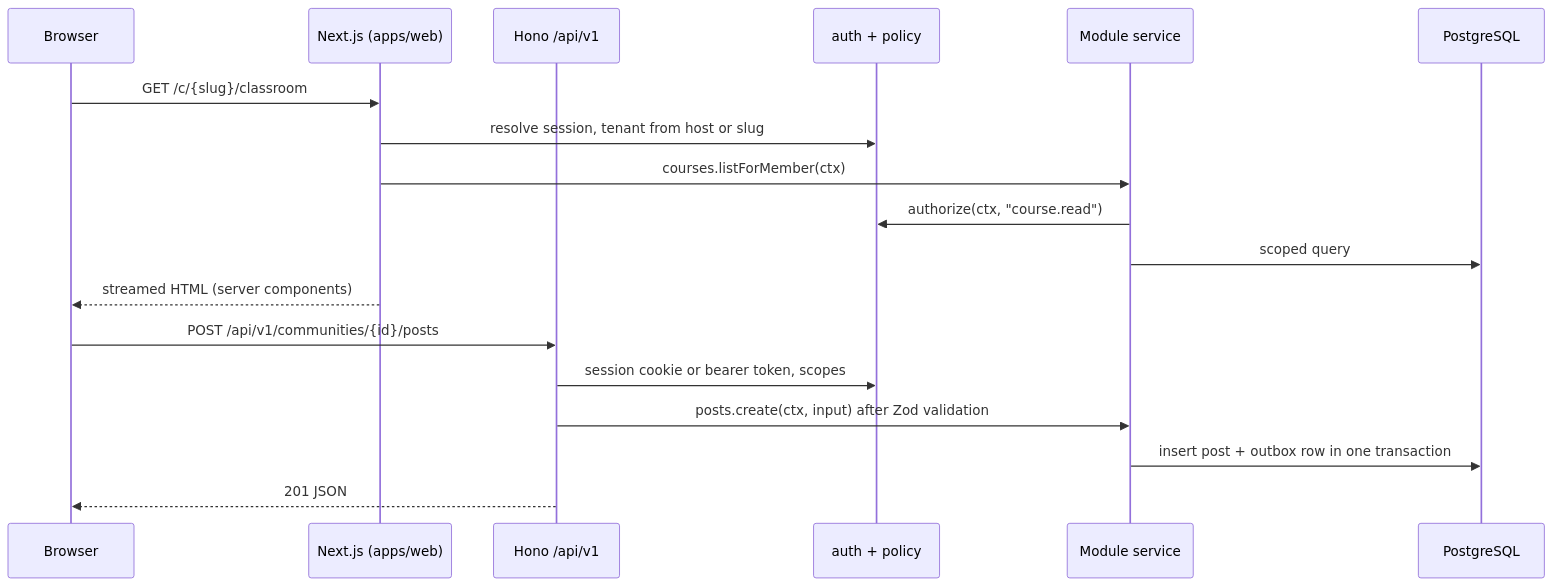
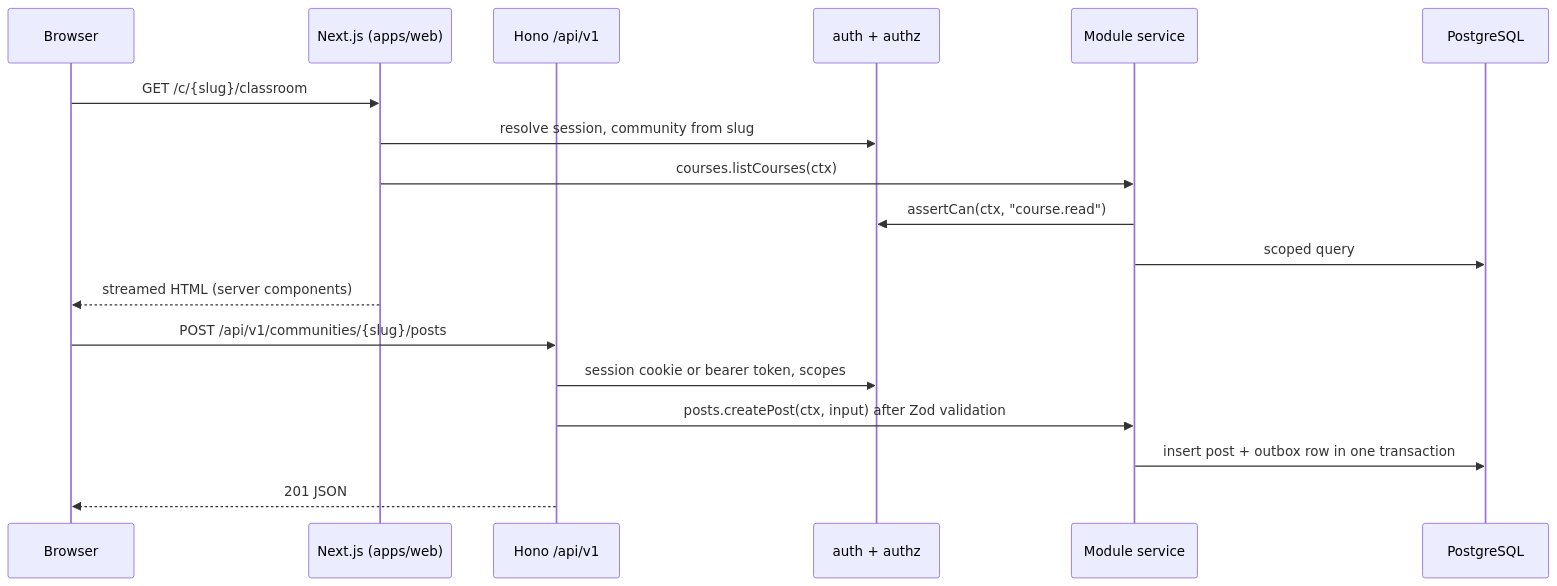
One commit to cohory/cohory changed the second of 2 diagrams in docs/architecture/overview.md. Above: the diagram before and after it, drawn with Mermaid. The commit also changed other lines of this file and 117 other files, not shown here.

````diff
--- a/docs/architecture/overview.md
+++ b/docs/architecture/overview.md
@@ -382,20 +164,20 @@
 ```mermaid
 sequenceDiagram
     participant B as Browser
     participant N as Next.js (apps/web)
     participant H as Hono /api/v1
-    participant A as auth + policy
+    participant A as auth + authz
     participant S as Module service
     participant D as PostgreSQL
     B->>N: GET /c/{slug}/classroom
-    N->>A: resolve session, tenant from host or slug
-    N->>S: courses.listForMember(ctx)
-    S->>A: authorize(ctx, "course.read")
+    N->>A: resolve session, community from slug
+    N->>S: courses.listCourses(ctx)
+    S->>A: assertCan(ctx, "course.read")
     S->>D: scoped query
     N-->>B: streamed HTML (server components)
-    B->>H: POST /api/v1/communities/{id}/posts
+    B->>H: POST /api/v1/communities/{slug}/posts
     H->>A: session cookie or bearer token, scopes
-    H->>S: posts.create(ctx, input) after Zod validation
+    H->>S: posts.createPost(ctx, input) after Zod validation
     S->>D: insert post + outbox row in one transaction
     H-->>B: 201 JSON
 ```
````
